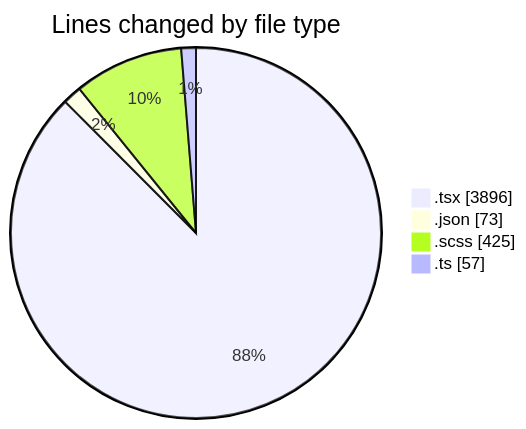
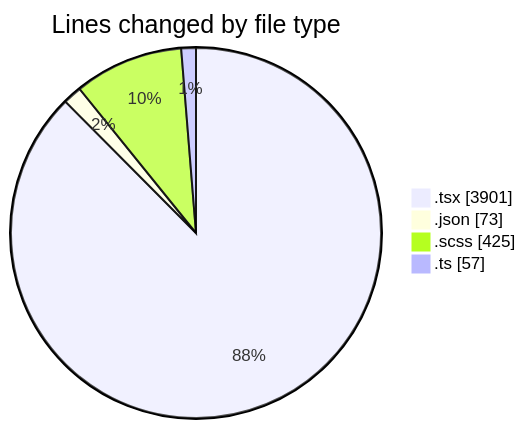
Before and after one commit to momahboobian/code-tracking: the first of 2 diagrams in 2025-10-02/cda/README.md, drawn with Mermaid. The commit also changed other lines of this file and 1 other file, not shown here.

````diff
--- a/2025-10-02/cda/README.md
+++ b/2025-10-02/cda/README.md
@@ -29,8 +29,8 @@
 ```mermaid
 pie showData
 title Lines changed by file type
-".tsx" : 3896
+".tsx" : 3901
 ".json" : 73
 ".scss" : 425
 ".ts" : 57
 ```
````
